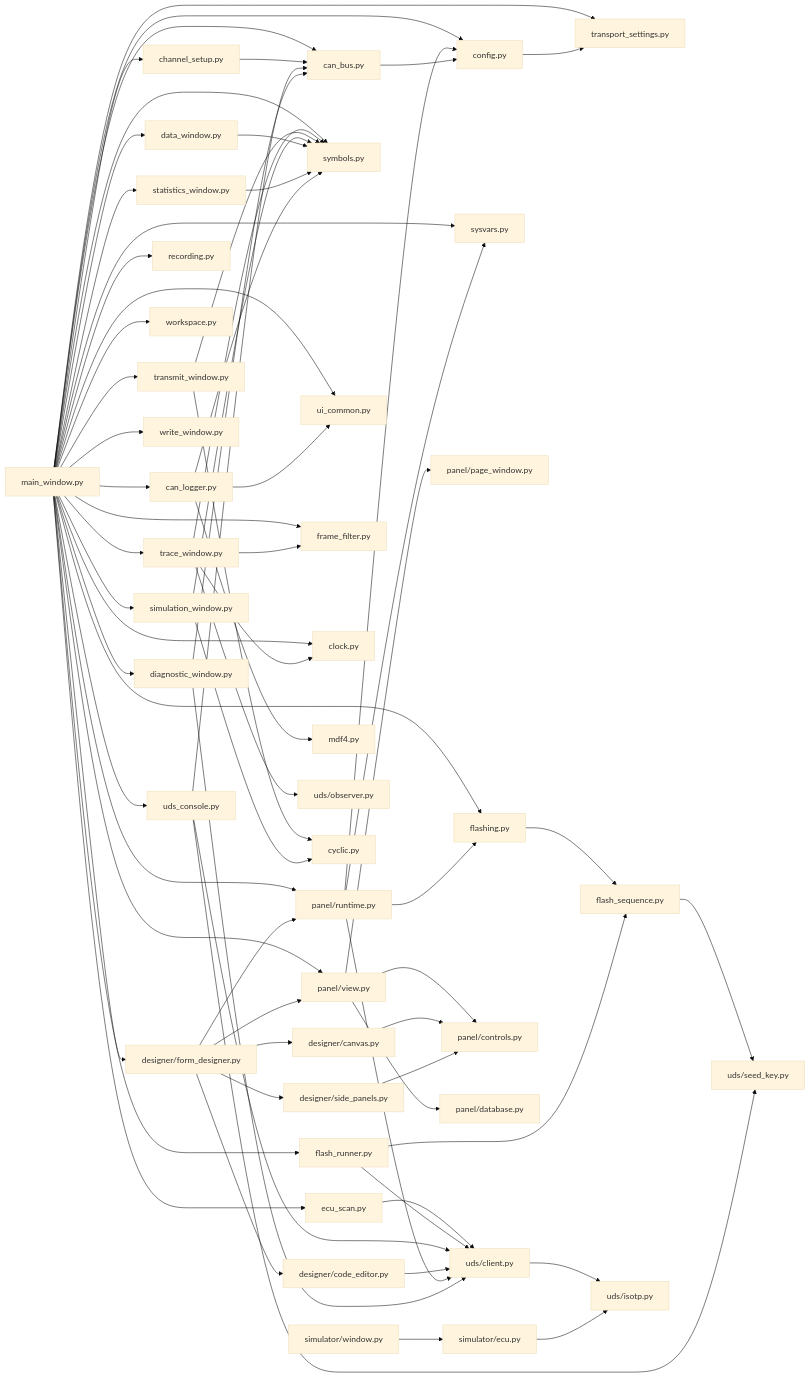
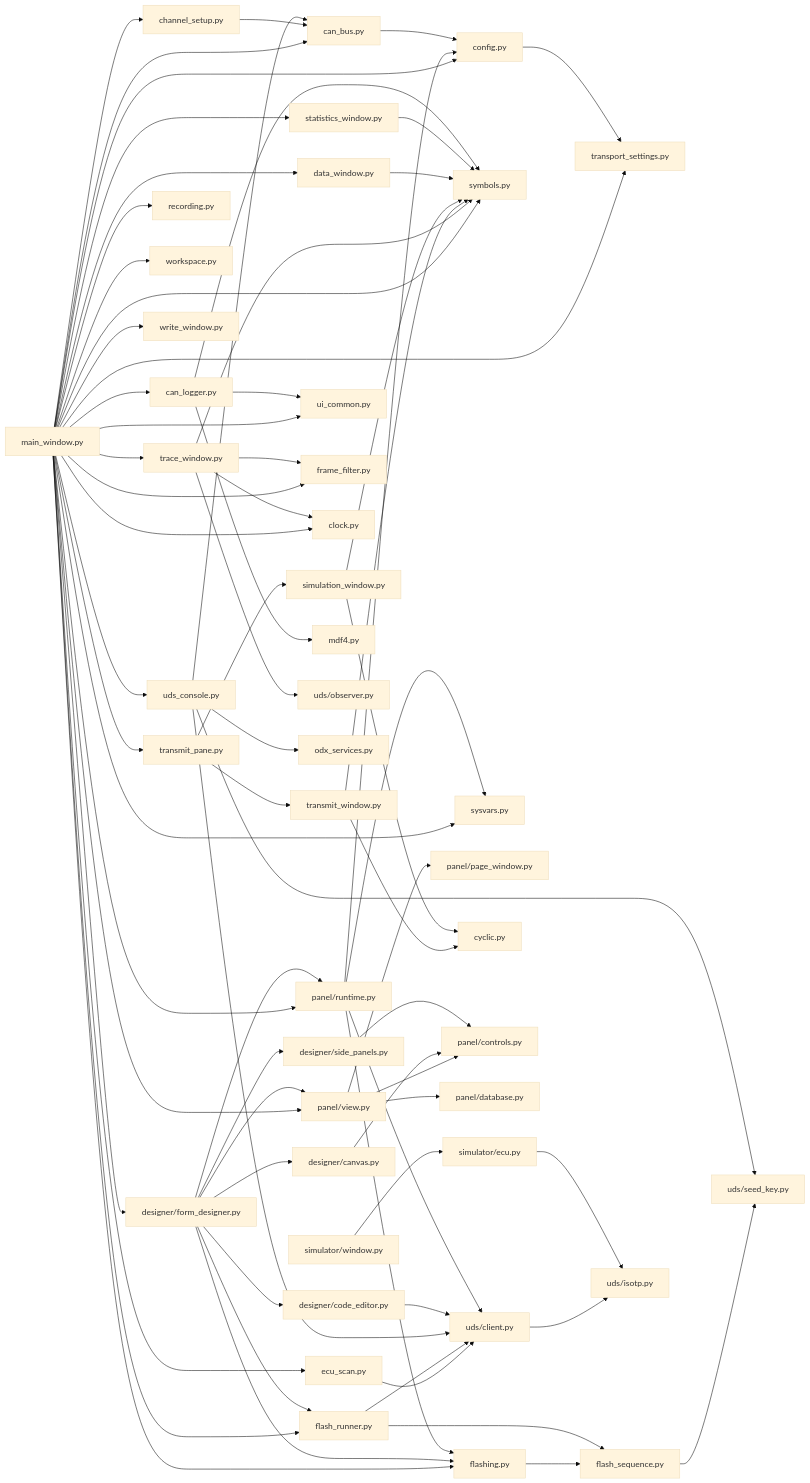
The first of 4 diagrams in docs/DOCUMENTATION.md (HyperFluxQc/CanExpert), drawn with Mermaid (base theme) before and after one commit. The commit also changed other lines of this file and 8 other files, not shown here.

````diff
--- a/docs/DOCUMENTATION.md
+++ b/docs/DOCUMENTATION.md
@@ -23,74 +23,75 @@
 ```mermaid
 flowchart LR
     main["main_window.py"]
     main --> can_bus["can_bus.py"]
     main --> config["config.py"]
     main --> panel_view["panel/view.py"]
     main --> panel_runtime["panel/runtime.py"]
     main --> form_designer["designer/form_designer.py"]
     main --> can_logger["can_logger.py"]
     main --> trace["trace_window.py"]
     main --> statistics["statistics_window.py"]
     main --> data["data_window.py"]
-    main --> transmit["transmit_window.py"]
-    main --> simulation["simulation_window.py"]
+    main --> transmit_pane["transmit_pane.py"]
+    transmit_pane --> transmit["transmit_window.py"]
+    transmit_pane --> simulation["simulation_window.py"]
     main --> console["uds_console.py"]
     main --> recording["recording.py"]
     main --> symbols["symbols.py"]
-    main --> diagnostic_window["diagnostic_window.py"]
     main --> flashing["flashing.py"]
     main --> flash_runner["flash_runner.py"]
     main --> ui_common["ui_common.py"]
     main --> workspace["workspace.py"]
     main --> transport_settings["transport_settings.py"]
     main --> channel_setup["channel_setup.py"]
     main --> frame_filter["frame_filter.py"]
     main --> clock["clock.py"]
     main --> sysvars["sysvars.py"]
     main --> write_window["write_window.py"]
     main --> ecu_scan["ecu_scan.py"]
     config --> transport_settings
     channel_setup --> can_bus
     trace --> frame_filter
     trace --> clock
     can_logger --> mdf4["mdf4.py"]
     panel_view --> page_window["panel/page_window.py"]
     panel_runtime --> sysvars
     ecu_scan --> uds_client
     trace --> symbols
     trace --> observer["uds/observer.py"]
     transmit --> symbols
     transmit --> cyclic["cyclic.py"]
     simulation --> symbols
     simulation --> cyclic
     data --> symbols
     statistics --> symbols
     flashing --> flash_sequence["flash_sequence.py"]
     flash_runner --> flash_sequence
     flash_runner --> uds_client
     flash_sequence --> seed_key["uds/seed_key.py"]
     console --> seed_key
     can_logger --> symbols
     console --> uds_client
     console --> can_bus
+    console --> odx["odx_services.py"]
     form_designer --> canvas["designer/canvas.py"]
     form_designer --> side_panels["designer/side_panels.py"]
     form_designer --> code_editor["designer/code_editor.py"]
     form_designer --> panel_runtime
     form_designer --> panel_view
+    form_designer --> flashing
+    form_designer --> flash_runner
     code_editor --> uds_client["uds/client.py"]
     panel_view --> panel_controls["panel/controls.py"]
     panel_view --> panel_database["panel/database.py"]
     canvas --> panel_controls
     side_panels --> panel_controls
     panel_runtime --> uds_client
     panel_runtime --> config
     panel_runtime --> flashing
     uds_client --> isotp["uds/isotp.py"]
     can_bus --> config
-    diagnostic_window --> can_bus
-    diagnostic_window --> uds_client
     can_logger --> ui_common
     simulator_ecu["simulator/ecu.py"] --> isotp
     simulator_window["simulator/window.py"] --> simulator_ecu
 ```
````
